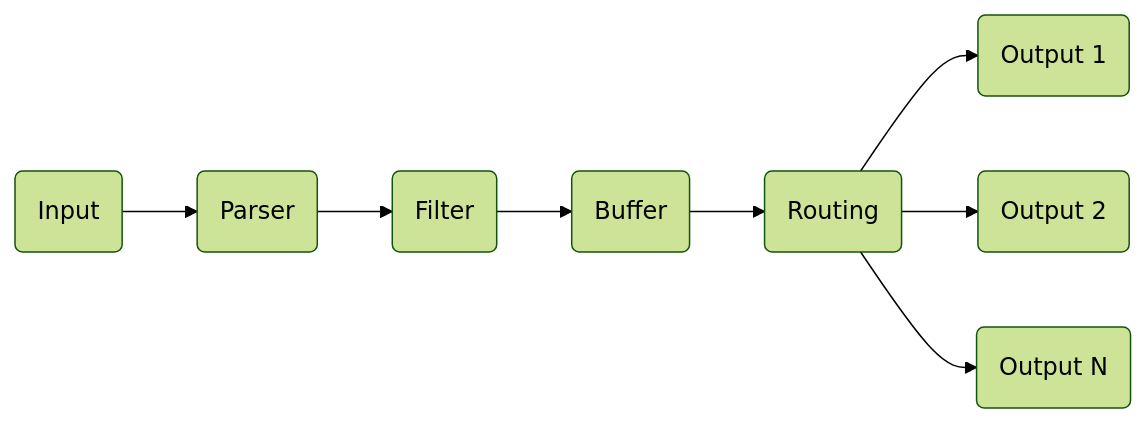
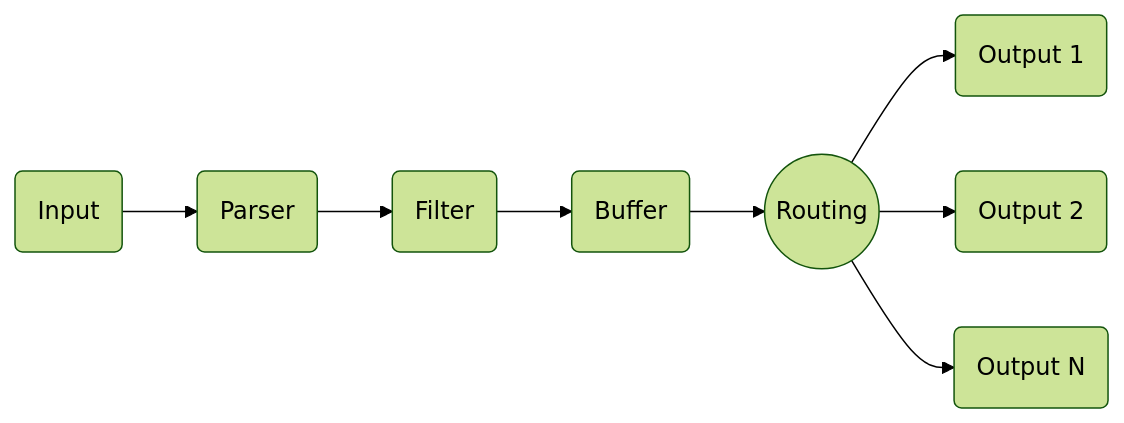
One commit to fluent/fluent-bit-docs changed the diagram in diagrams/src/logging_pipeline_buffer.mmd. Above: the diagram before and after it, drawn with Mermaid (forest theme). The commit also changed 28 other files, not shown here.

Commit message:
diagrams: put Routing in a circle

```diff
--- a/diagrams/src/logging_pipeline_buffer.mmd
+++ b/diagrams/src/logging_pipeline_buffer.mmd
@@ -1,11 +1,11 @@
 graph LR;
     A(Input)-->B(Parser)
     B-->C(Filter)
     C-->D(Buffer)
-    D-->E(Routing)
+    D-->E((Routing))
       E-->G1(Output 1)
       E-->G2(Output 2)
       E-->G3(Output N)
 
 class E def;
 class D active;
```
